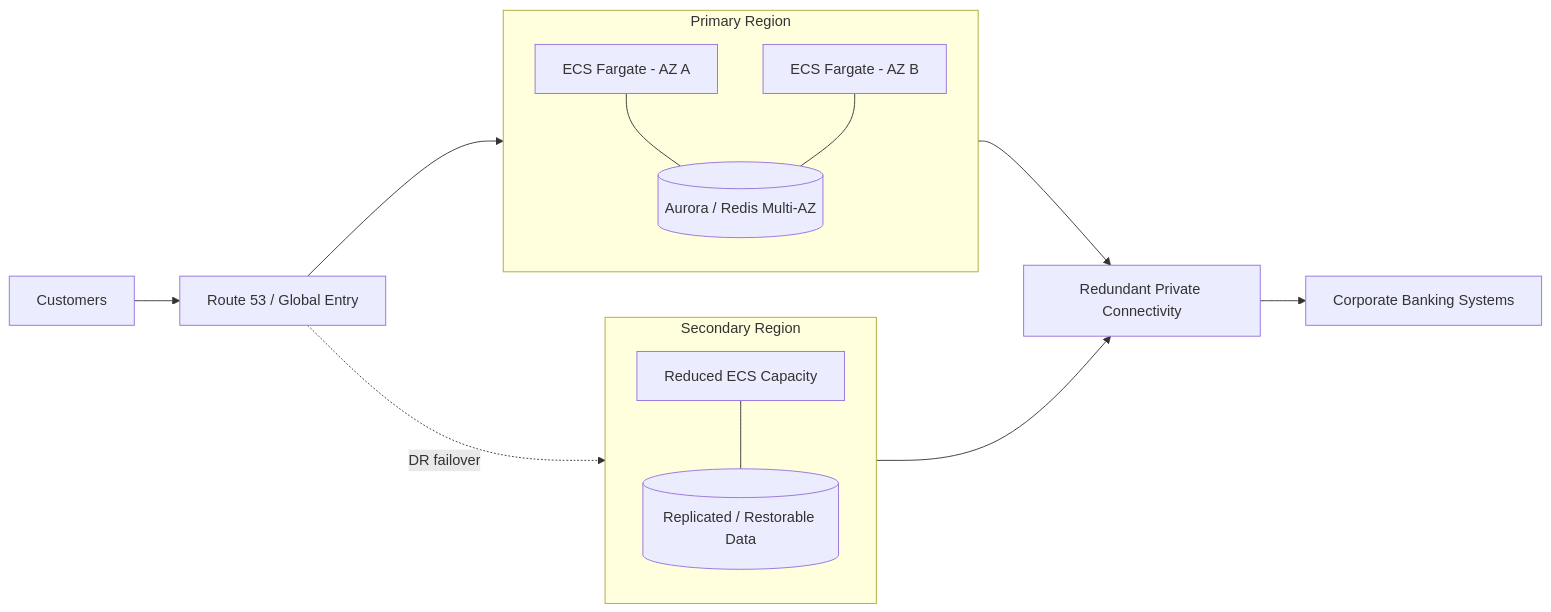
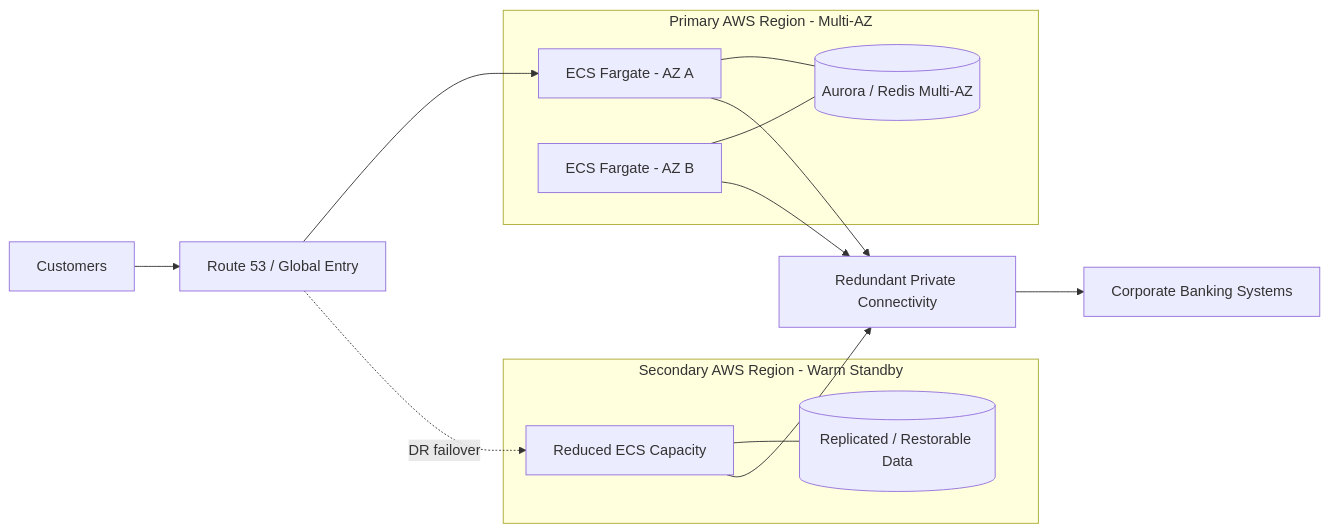
One commit to mquintanaarboleda-gif/aws-digital-banking-architecture changed the fourth of 4 diagrams in README.md. Above: the diagram before and after it, drawn with Mermaid. The commit also changed other lines of this file, not shown here.

Commit message:
Refine portfolio README and architecture diagrams

````diff
--- a/README.md
+++ b/README.md
@@ -168,24 +147,25 @@
 ```mermaid
 flowchart LR
     USERS[Customers] --> R53[Route 53 / Global Entry]
-    R53 --> PRI[Primary AWS Region\nMulti-AZ]
-    R53 -. DR failover .-> SEC[Secondary AWS Region\nWarm Standby]
 
-    subgraph PRI[Primary Region]
+    subgraph PRIMARY[Primary AWS Region - Multi-AZ]
       P1[ECS Fargate - AZ A]
       P2[ECS Fargate - AZ B]
       PA[(Aurora / Redis Multi-AZ)]
       P1 --- PA
       P2 --- PA
     end
 
-    subgraph SEC[Secondary Region]
+    subgraph SECONDARY[Secondary AWS Region - Warm Standby]
       S1[Reduced ECS Capacity]
       SA[(Replicated / Restorable Data)]
       S1 --- SA
     end
 
-    PRI --> DX[Redundant Private Connectivity]
-    SEC --> DX
+    R53 --> P1
+    R53 -. DR failover .-> S1
+    P1 --> DX[Redundant Private Connectivity]
+    P2 --> DX
+    S1 --> DX
     DX --> CORP[Corporate Banking Systems]
 ```
````
